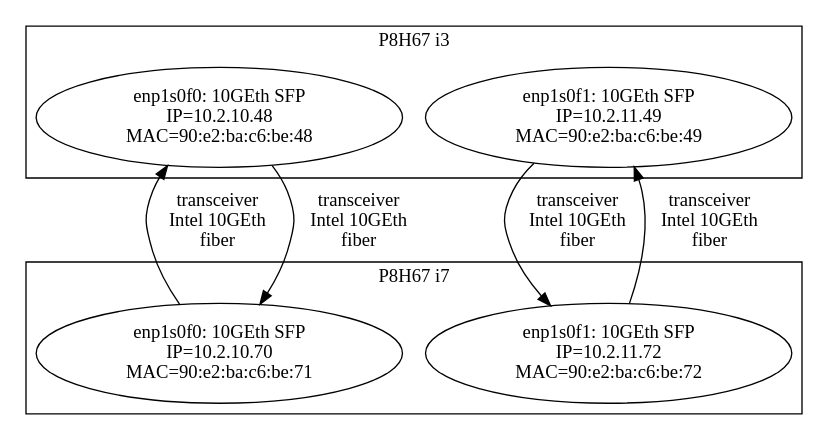
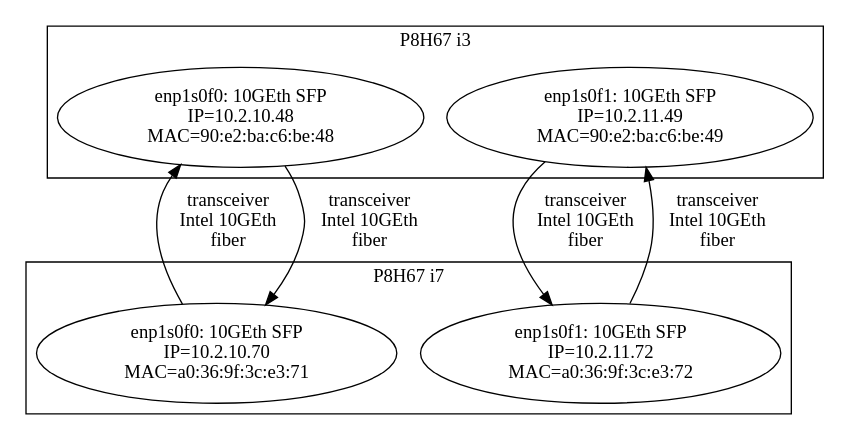
The diagram in graph.dot (AdrielEP/test), drawn with Graphviz before and after one commit. The commit also changed 1 other file, not shown here.

Commit message:
config: graph correction

```diff
--- a/graph.dot
+++ b/graph.dot
@@ -1,19 +1,19 @@
 digraph REActif_transceiver           
 {
   subgraph cluster_i3
   {label="P8H67 i3"
     i0f0[label="enp1s0f0: 10GEth SFP\n IP=10.2.10.48\n MAC=90:e2:ba:c6:be:48"]
     i0f1[label="enp1s0f1: 10GEth SFP\n IP=10.2.11.49\n MAC=90:e2:ba:c6:be:49"]
   }//i3
 
   subgraph cluster_i7
   {label="P8H67 i7"
-    i1f0[label="enp1s0f0: 10GEth SFP\n IP=10.2.10.70\n MAC=90:e2:ba:c6:be:71"]
-    i1f1[label="enp1s0f1: 10GEth SFP\n IP=10.2.11.72\n MAC=90:e2:ba:c6:be:72"]
+    i1f0[label="enp1s0f0: 10GEth SFP\n IP=10.2.10.70\n MAC=a0:36:9f:3c:e3:71"]
+    i1f1[label="enp1s0f1: 10GEth SFP\n IP=10.2.11.72\n MAC=a0:36:9f:3c:e3:72"]
   }//i7
 
  i0f0 -> i1f0 [label="transceiver\n Intel 10GEth\n fiber"]
  i0f1 -> i1f1 [label="transceiver\n Intel 10GEth\n fiber"]
  i1f0 -> i0f0 [label="transceiver\n Intel 10GEth\n fiber"]
  i1f1 -> i0f1 [label="transceiver\n Intel 10GEth\n fiber"]
 }
```
